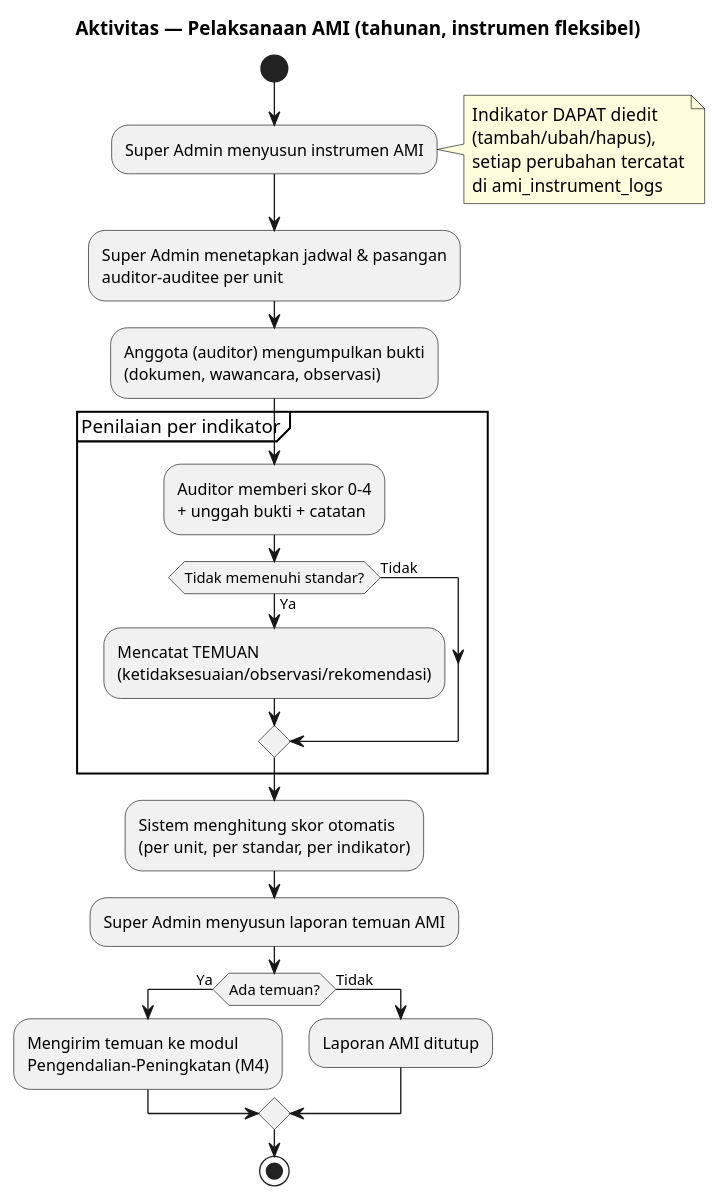
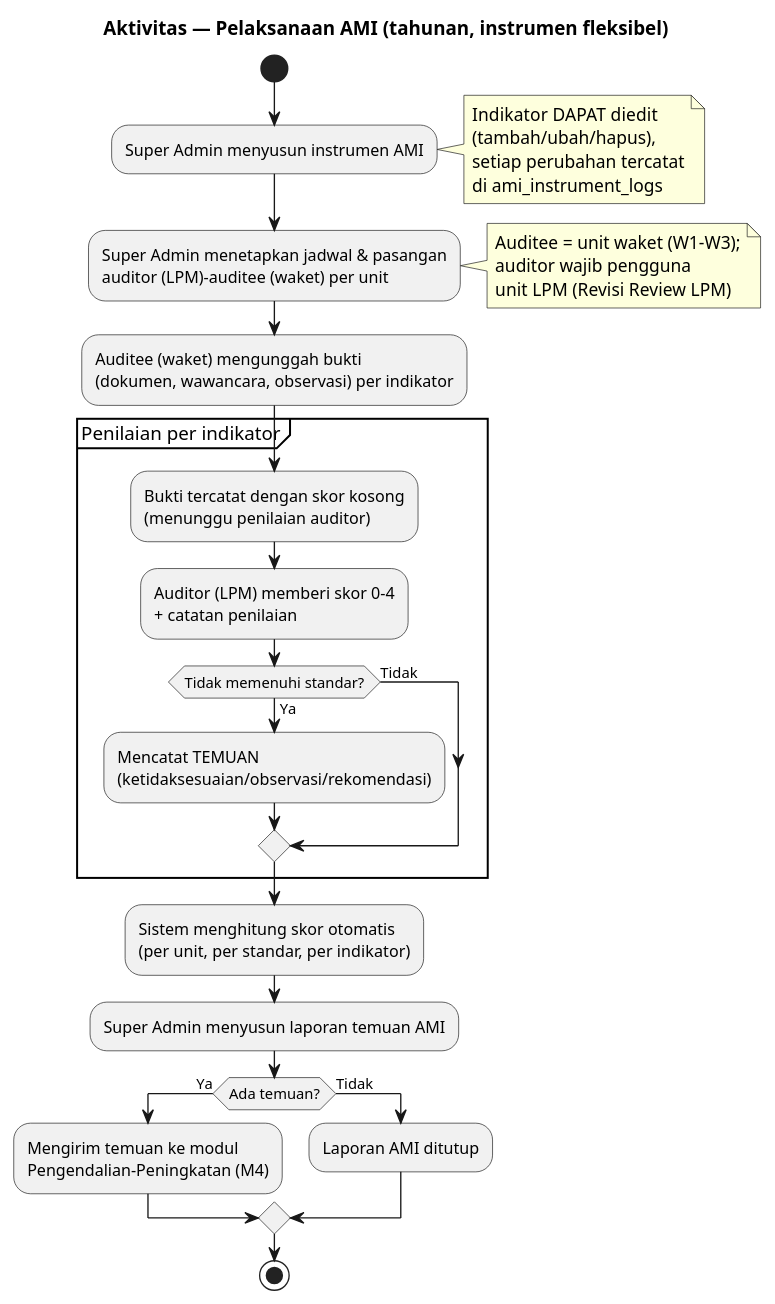
Before and after one commit to Gias-Wijaya/spmi-siklus-ppepp: the second of 4 diagrams in sistem/desain/05-activity-diagram.md, drawn with PlantUML. The commit also changed other lines of this file and 52 other files, not shown here.

First line of the commit message:
feat: revisi review LPM 15 butir — M1 tanpa alur persetujuan, uji 458/458

````diff
--- a/sistem/desain/05-activity-diagram.md
+++ b/sistem/desain/05-activity-diagram.md
@@ -57,39 +42,46 @@
 ```plantuml
 @startuml
 title Aktivitas — Pelaksanaan AMI (tahunan, instrumen fleksibel)
 start
 :Super Admin menyusun instrumen AMI;
 note right
   Indikator DAPAT diedit
   (tambah/ubah/hapus),
   setiap perubahan tercatat
   di ami_instrument_logs
 end note
 
 :Super Admin menetapkan jadwal & pasangan
-auditor–auditee per unit;
-:Anggota (auditor) mengumpulkan bukti
-(dokumen, wawancara, observasi);
+auditor (LPM)–auditee (waket) per unit;
+note right
+  Auditee = unit waket (W1–W3);
+  auditor wajib pengguna
+  unit LPM (Revisi Review LPM)
+end note
+:Auditee (waket) mengunggah bukti
+(dokumen, wawancara, observasi) per indikator;
 
 partition "Penilaian per indikator" {
-  :Auditor memberi skor 0–4
-  + unggah bukti + catatan;
+  :Bukti tercatat dengan skor kosong
+  (menunggu penilaian auditor);
+  :Auditor (LPM) memberi skor 0–4
+  + catatan penilaian;
   if (Tidak memenuhi standar?) then (Ya)
     :Mencatat TEMUAN
     (ketidaksesuaian/observasi/rekomendasi);
   else (Tidak)
   endif
 }
 
 :Sistem menghitung skor otomatis
 (per unit, per standar, per indikator);
 :Super Admin menyusun laporan temuan AMI;
 if (Ada temuan?) then (Ya)
   :Mengirim temuan ke modul
   Pengendalian–Peningkatan (M4);
 else (Tidak)
   :Laporan AMI ditutup;
 endif
 stop
 @enduml
 ```
````
